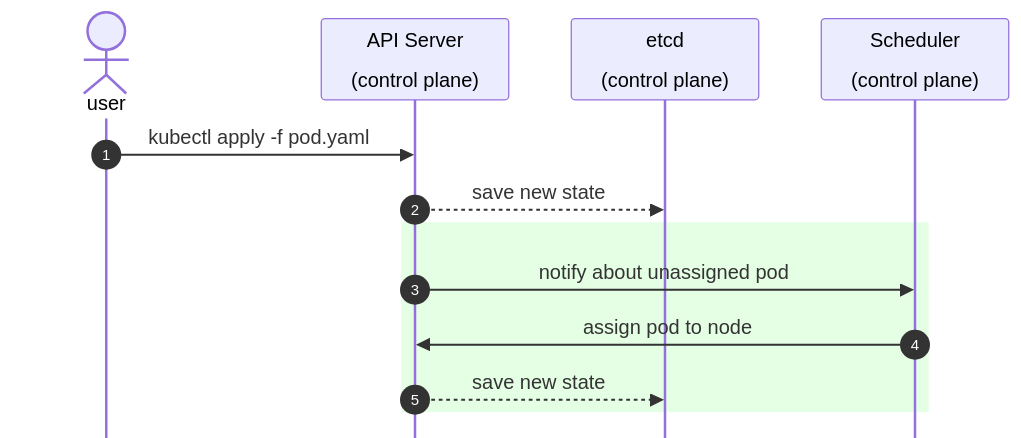
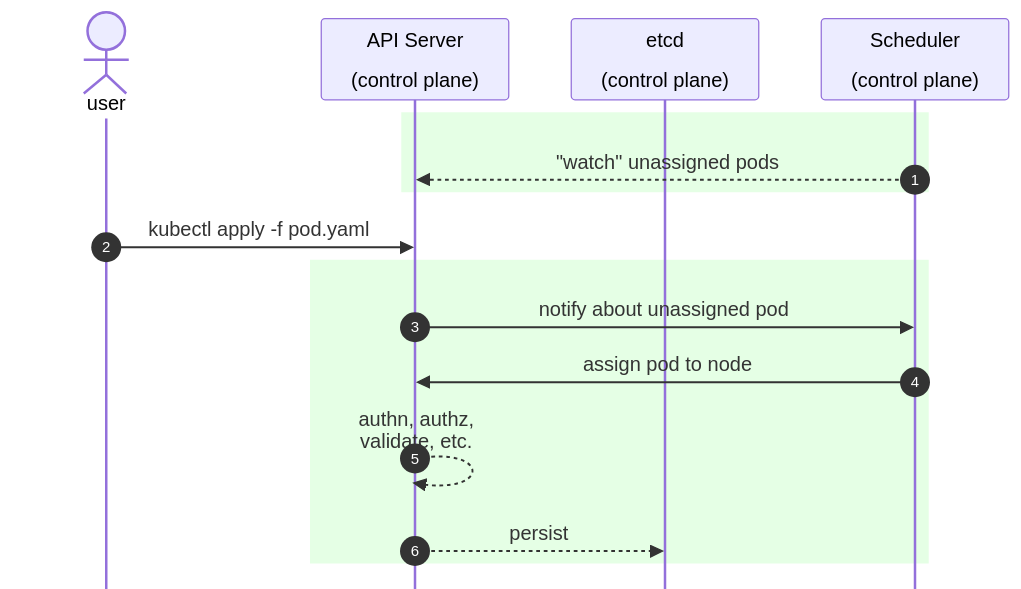
Before and after one commit to ndrpnt/slides: the fifth of 7 diagrams in tlak/slides.md, drawn with Mermaid. The commit also changed other lines of this file, not shown here.

````diff
--- a/tlak/slides.md
+++ b/tlak/slides.md
@@ -514,16 +531,19 @@
-```mermaid
+```mermaid  {scale: 0.66}
 %%{init:{"mirrorActors": false, "showSequenceNumbers": true}}%%
 sequenceDiagram
     actor user
     participant api as API Server<br><br>(control plane)
     participant etcd as etcd<br><br>(control plane)
     participant scheduler as Scheduler<br><br>(control plane)
 
+    rect rgba(0, 255, 0, .1)
+      scheduler-->>api: "watch" unassigned pods
+    end
     user->>api: kubectl apply -f pod.yaml
-    api-->>etcd: save new state
     rect rgba(0, 255, 0, .1)
       api->>scheduler: notify about unassigned pod
       scheduler->>api: assign pod to node
-      api-->>etcd: save new state
+      api-->>api: authn, authz,<br>validate, etc.
+      api-->>etcd: persist
     end
 ```
````
